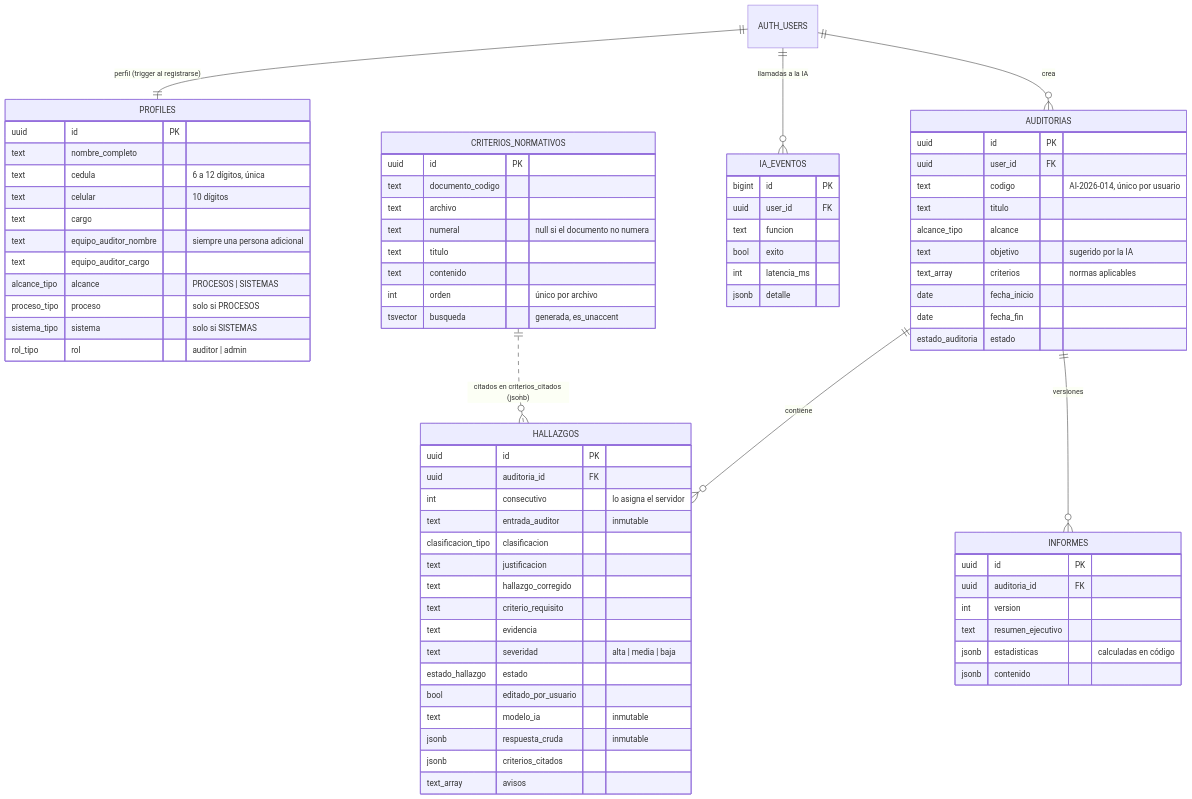
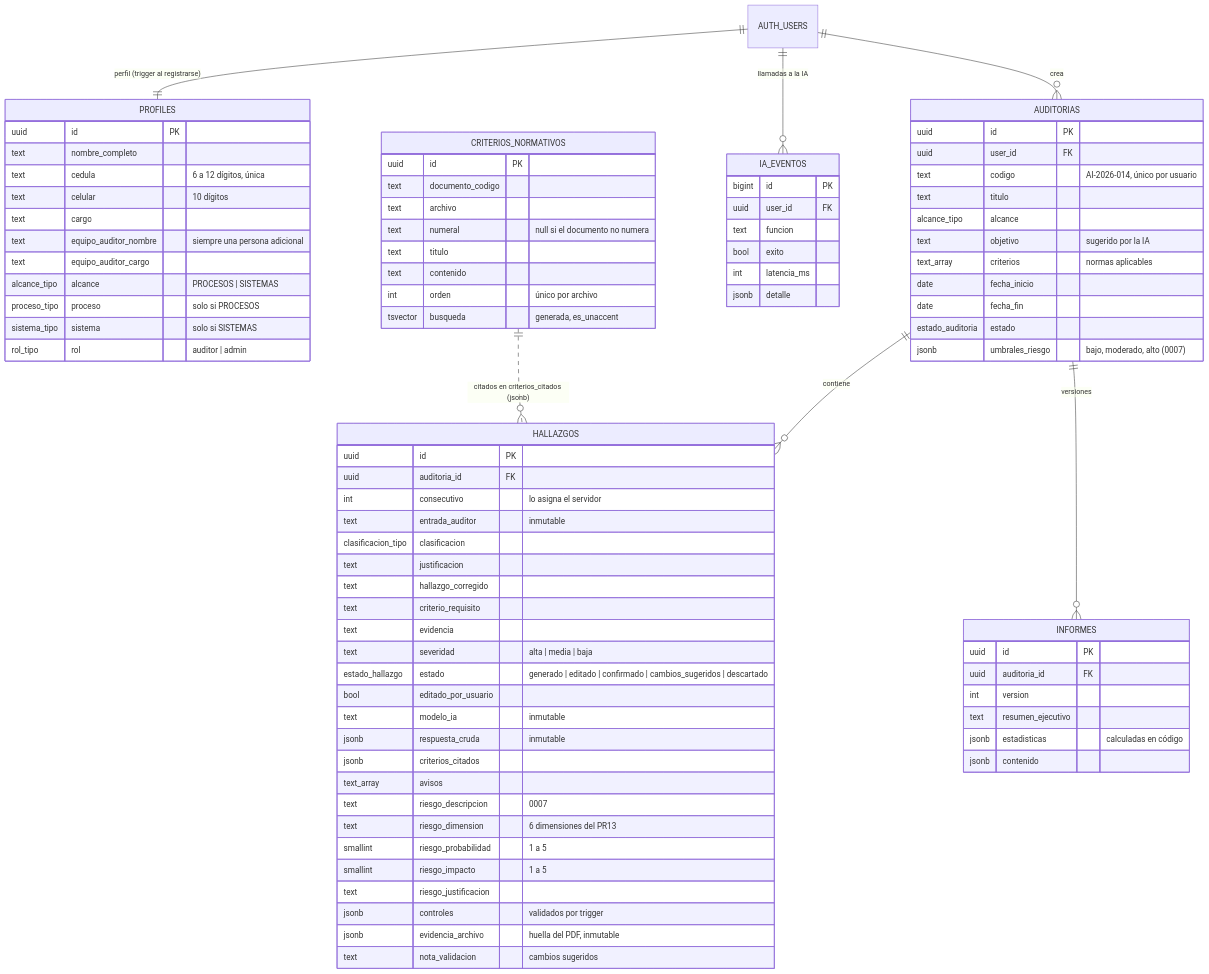
The diagram in docs/BASE_DE_DATOS.md (OscarNarvaez/pg_web_halla), drawn with Mermaid before and after one commit. The commit also changed other lines of this file and 7 other files, not shown here.

First line of the commit message:
docs: asistente de 7 pasos, riesgo PR13, controles, PDF de evidencia y matriz consolidada

```diff
--- a/docs/BASE_DE_DATOS.md
+++ b/docs/BASE_DE_DATOS.md
@@ -46,6 +47,7 @@
     date fecha_inicio
     date fecha_fin
     estado_auditoria estado
+    jsonb umbrales_riesgo "bajo, moderado, alto (0007)"
   }
   HALLAZGOS {
     uuid id PK
@@ -58,12 +60,20 @@
     text criterio_requisito
     text evidencia
     text severidad "alta | media | baja"
-    estado_hallazgo estado
+    estado_hallazgo estado "generado | editado | confirmado | cambios_sugeridos | descartado"
     bool editado_por_usuario
     text modelo_ia "inmutable"
     jsonb respuesta_cruda "inmutable"
     jsonb criterios_citados
     text_array avisos
+    text riesgo_descripcion "0007"
+    text riesgo_dimension "6 dimensiones del PR13"
+    smallint riesgo_probabilidad "1 a 5"
+    smallint riesgo_impacto "1 a 5"
+    text riesgo_justificacion
+    jsonb controles "validados por trigger"
+    jsonb evidencia_archivo "huella del PDF, inmutable"
+    text nota_validacion "cambios sugeridos"
   }
   CRITERIOS_NORMATIVOS {
     uuid id PK
```
